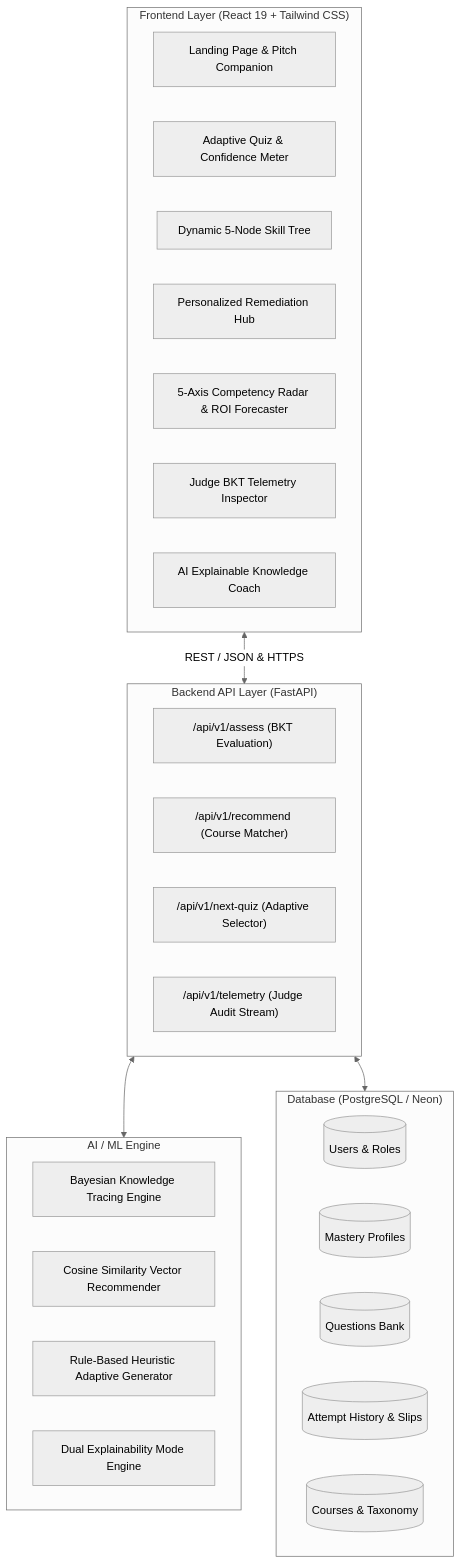
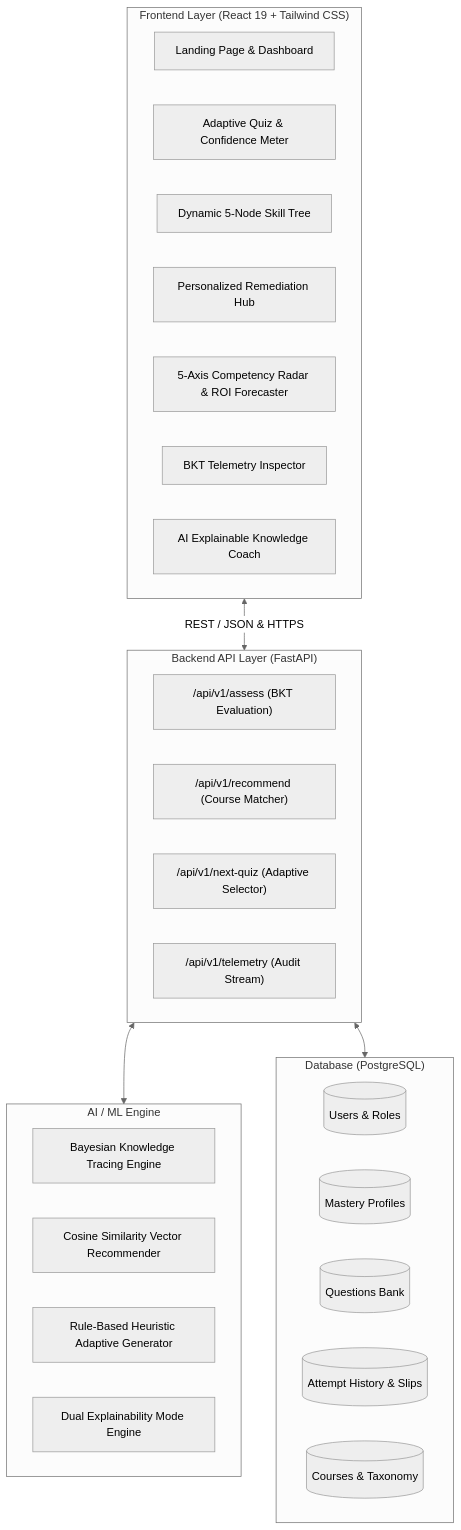
One commit to ShreyanshiChourasia/cybersecurity-training changed the second of 2 diagrams in README.md. Above: the diagram before and after it, drawn with Mermaid (neutral theme). The commit also changed other lines of this file and 8 other files, not shown here.

````diff
--- a/README.md
+++ b/README.md
@@ -67,38 +59,38 @@
 ```mermaid
 flowchart TB
     subgraph Client ["Frontend Layer (React 19 + Tailwind CSS)"]
-        UI1[Landing Page & Pitch Companion]
+        UI1[Landing Page & Dashboard]
         UI2[Adaptive Quiz & Confidence Meter]
         UI3[Dynamic 5-Node Skill Tree]
         UI4[Personalized Remediation Hub]
         UI5[5-Axis Competency Radar & ROI Forecaster]
-        UI6[Judge BKT Telemetry Inspector]
+        UI6[BKT Telemetry Inspector]
         UI7[AI Explainable Knowledge Coach]
     end
 
     subgraph API ["Backend API Layer (FastAPI)"]
         API1["/api/v1/assess (BKT Evaluation)"]
         API2["/api/v1/recommend (Course Matcher)"]
         API3["/api/v1/next-quiz (Adaptive Selector)"]
-        API4["/api/v1/telemetry (Judge Audit Stream)"]
+        API4["/api/v1/telemetry (Audit Stream)"]
     end
 
     subgraph ML ["AI / ML Engine"]
         ML1[Bayesian Knowledge Tracing Engine]
         ML2[Cosine Similarity Vector Recommender]
         ML3[Rule-Based Heuristic Adaptive Generator]
         ML4[Dual Explainability Mode Engine]
     end
 
-    subgraph DB ["Database (PostgreSQL / Neon)"]
+    subgraph DB ["Database (PostgreSQL)"]
         DB1[(Users & Roles)]
         DB2[(Mastery Profiles)]
         DB3[(Questions Bank)]
         DB4[(Attempt History & Slips)]
         DB5[(Courses & Taxonomy)]
     end
 
     Client <-->|REST / JSON & HTTPS| API
     API <--> ML
     API <--> DB
 ```
````
